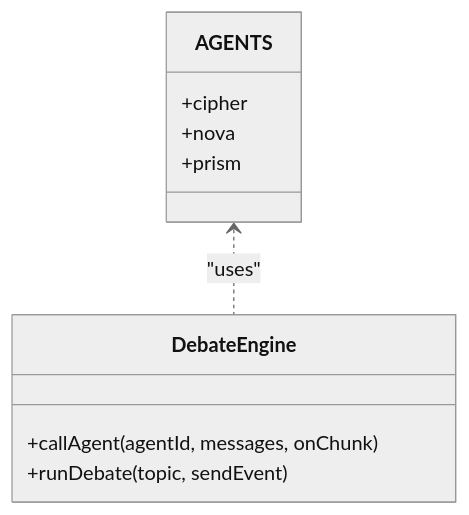
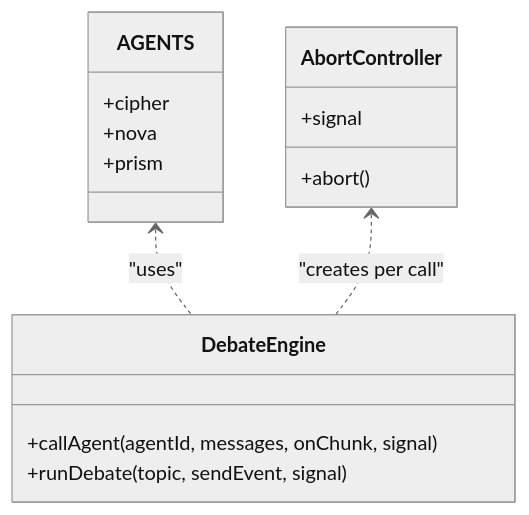
One commit to RunTimeAdmin/tri-ai changed the fifth of 7 diagrams in .qoder/repowiki/en/content/AI Debate Engine/Real-Time Streaming Architecture.md. Above: the diagram before and after it, drawn with Mermaid (neutral theme). The commit also changed other lines of this file and 40 other files, not shown here.

````diff
--- a/.qoder/repowiki/en/content/AI Debate Engine/Real-Time Streaming Architecture.md
+++ b/.qoder/repowiki/en/content/AI Debate Engine/Real-Time Streaming Architecture.md
@@ -212,13 +215,18 @@
 ```mermaid
 classDiagram
 class AGENTS {
 +cipher
 +nova
 +prism
 }
 class DebateEngine {
-+callAgent(agentId, messages, onChunk)
-+runDebate(topic, sendEvent)
++callAgent(agentId, messages, onChunk, signal)
++runDebate(topic, sendEvent, signal)
+}
+class AbortController {
++abort()
++signal
 }
 AGENTS <.. DebateEngine : "uses"
+AbortController <.. DebateEngine : "creates per call"
 ```
````
